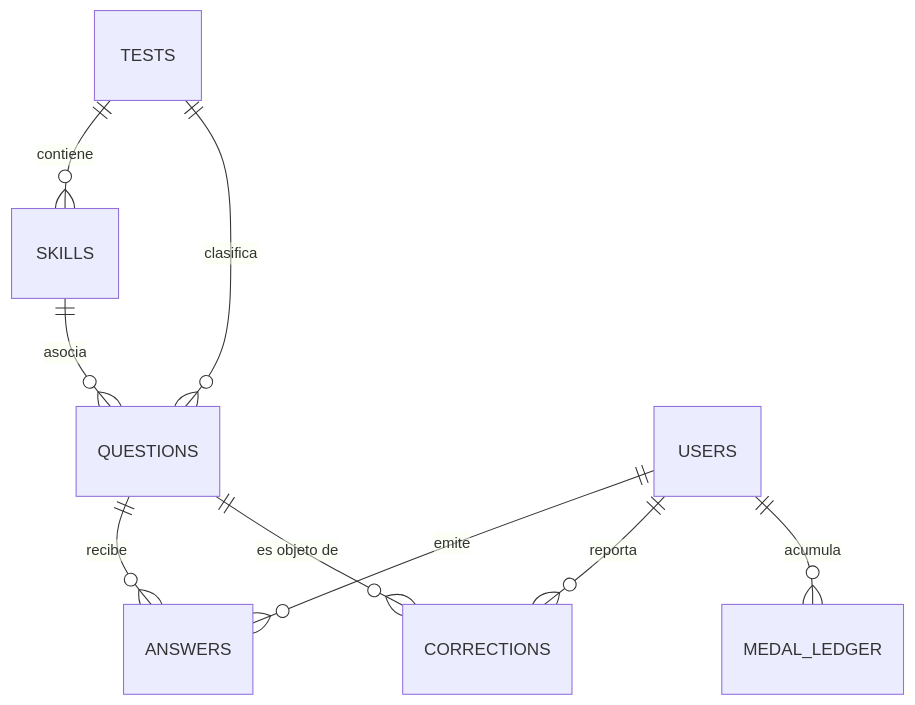
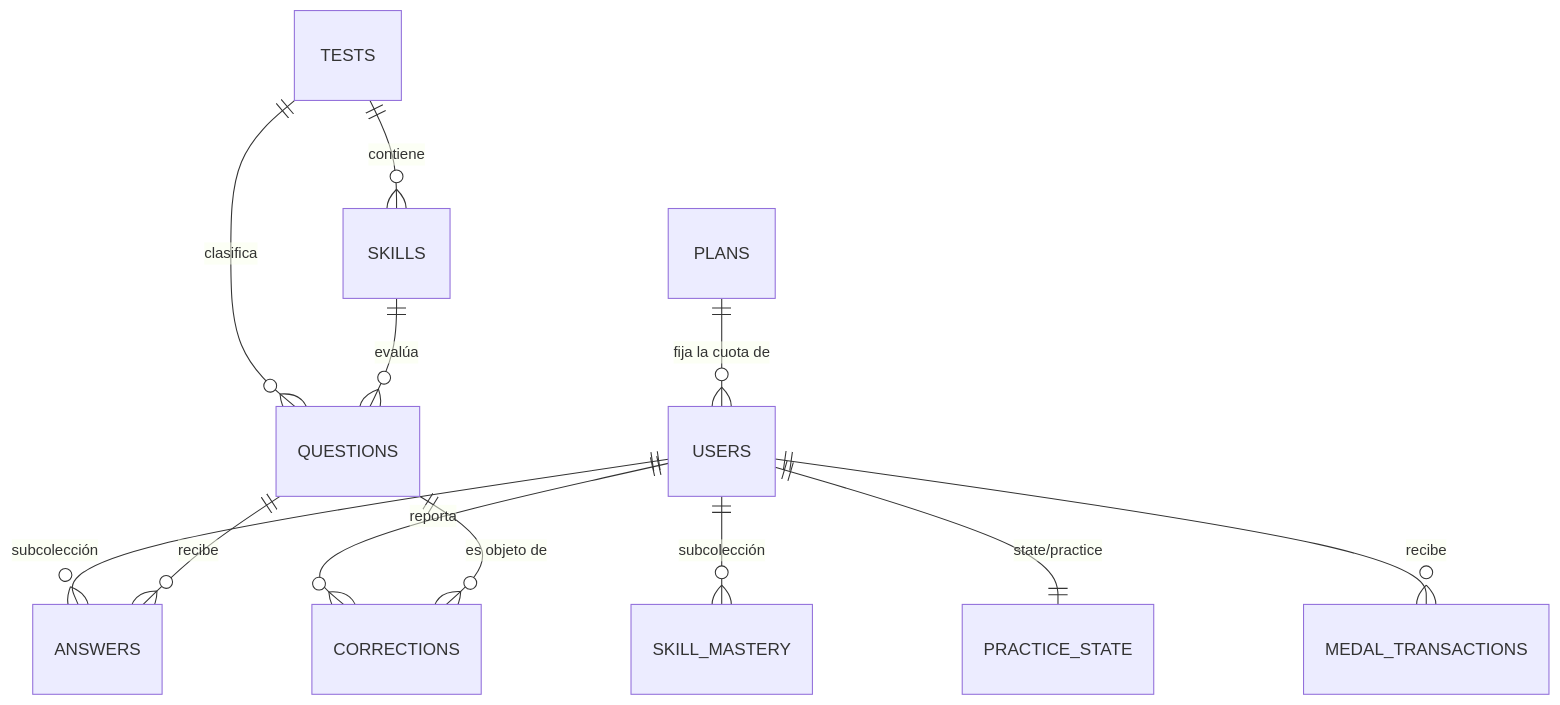
The diagram in docs/diccionario_de_datos.md (Jere4k1080/aprueba_app_modulo_preguntas), drawn with Mermaid before and after one commit. The commit also changed other lines of this file and 1 other file, not shown here.

````diff
--- a/docs/diccionario_de_datos.md
+++ b/docs/diccionario_de_datos.md
@@ -18,11 +18,14 @@
 ```mermaid
 erDiagram
+    PLANS ||--o{ USERS : "fija la cuota de"
+    USERS ||--o{ ANSWERS : "subcolección"
+    USERS ||--o{ SKILL_MASTERY : "subcolección"
+    USERS ||--|| PRACTICE_STATE : "state/practice"
+    USERS ||--o{ CORRECTIONS : "reporta"
+    USERS ||--o{ MEDAL_TRANSACTIONS : "recibe"
     TESTS ||--o{ SKILLS : "contiene"
     TESTS ||--o{ QUESTIONS : "clasifica"
-    SKILLS ||--o{ QUESTIONS : "asocia"
-    USERS ||--o{ ANSWERS : "emite"
+    SKILLS ||--o{ QUESTIONS : "evalúa"
     QUESTIONS ||--o{ ANSWERS : "recibe"
-    USERS ||--o{ CORRECTIONS : "reporta"
     QUESTIONS ||--o{ CORRECTIONS : "es objeto de"
-    USERS ||--o{ MEDAL_LEDGER : "acumula"
 ```
````
